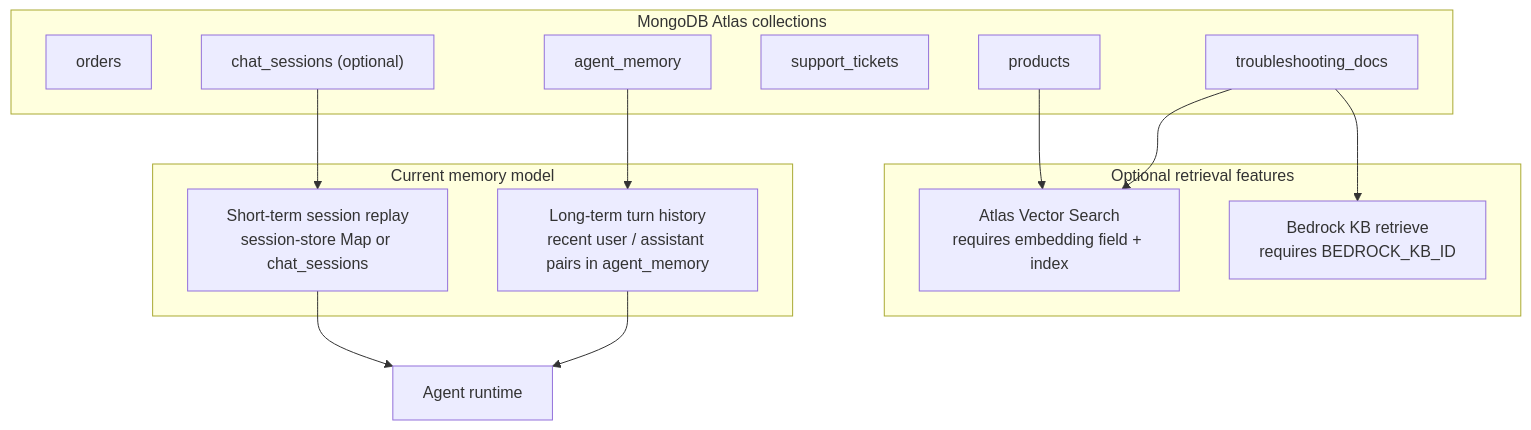
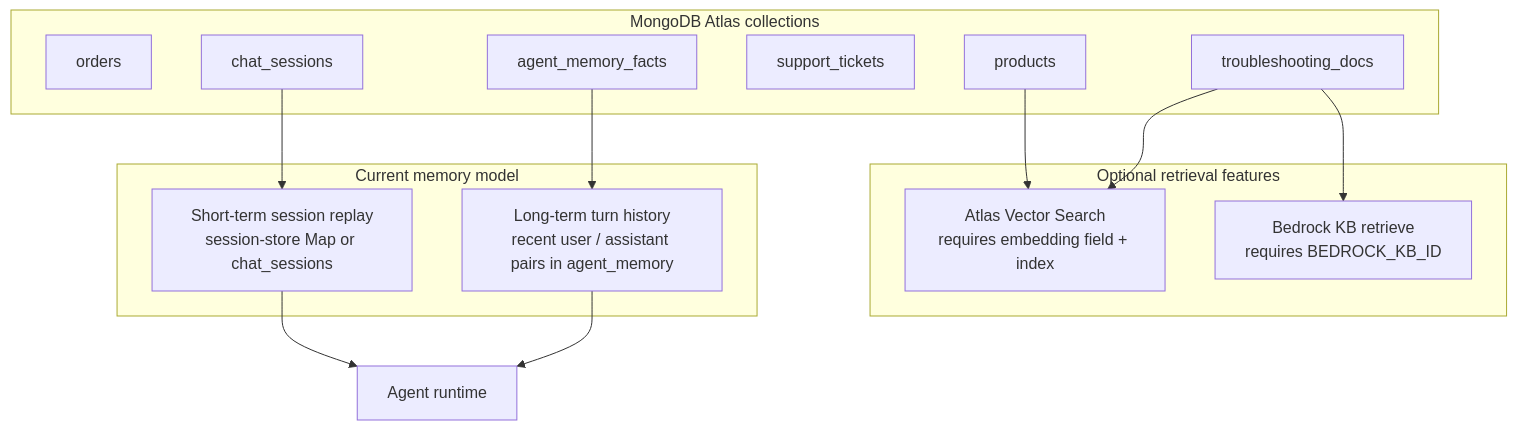
The fourth of 4 diagrams in docs/client/technical-approach.md (mongodb-partners/Multi-Agent-Architectural-Guidance-Bedrock-AgentCore), drawn with Mermaid before and after one commit. The commit also changed other lines of this file and 223 other files, not shown here.

````diff
--- a/docs/client/technical-approach.md
+++ b/docs/client/technical-approach.md
@@ -87,29 +86,29 @@
 ```mermaid
 flowchart TD
     subgraph AtlasCollections ["MongoDB Atlas collections"]
         Orders["orders"]
         Products["products"]
         TroubleDocs["troubleshooting_docs"]
         Tickets["support_tickets"]
-        AgentMem["agent_memory"]
-        ChatSessions["chat_sessions (optional)"]
+        AgentMem["agent_memory_facts"]
+        ChatSessions["chat_sessions"]
     end
 
     subgraph RetrievalFeatures ["Optional retrieval features"]
         Vector["Atlas Vector Search\nrequires embedding field + index"]
         KbRetrieve["Bedrock KB retrieve\nrequires BEDROCK_KB_ID"]
     end
 
     subgraph MemoryModel ["Current memory model"]
         ShortTerm["Short-term session replay\nsession-store Map or chat_sessions"]
         LongTerm["Long-term turn history\nrecent user / assistant pairs in agent_memory"]
     end
 
     Products --> Vector
     TroubleDocs --> Vector
     TroubleDocs --> KbRetrieve
     ChatSessions --> ShortTerm
     AgentMem --> LongTerm
     ShortTerm --> Runtime["Agent runtime"]
     LongTerm --> Runtime
 ```
````
